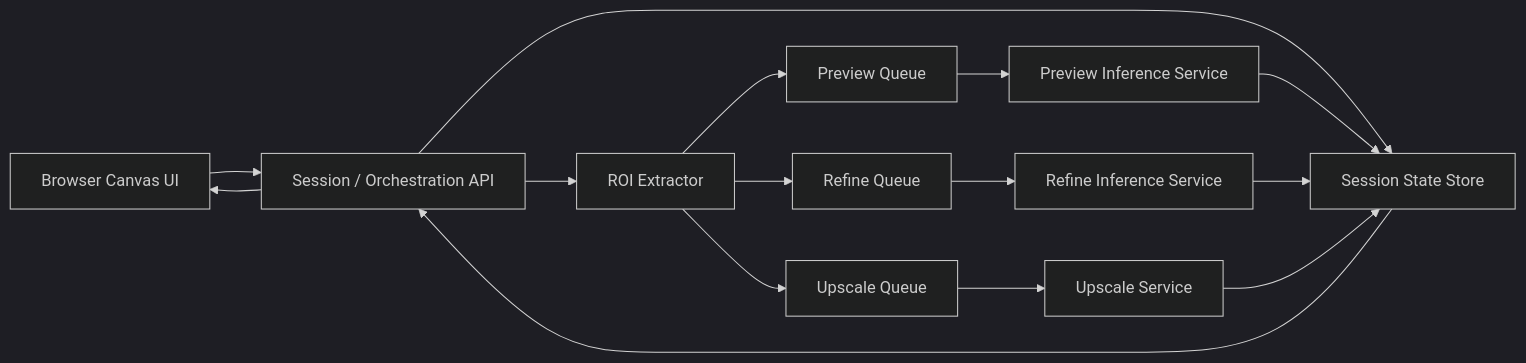
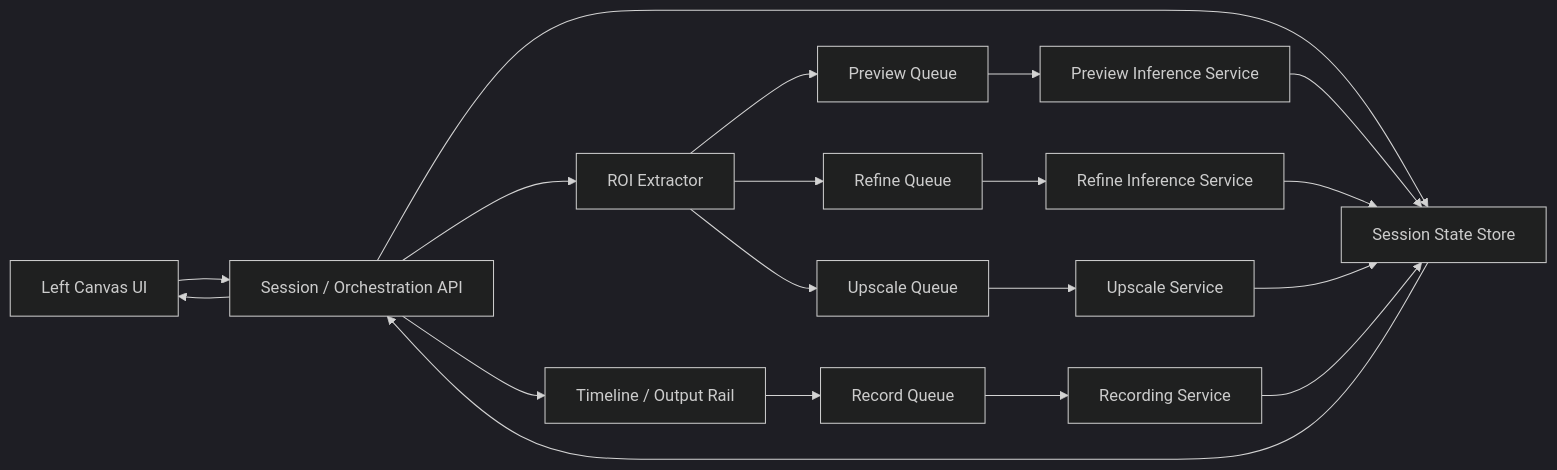
The diagram in docs/research/krea-build-blueprint.md (maxkle1nz/KreaKlone), drawn with Mermaid (dark theme) before and after one commit. The commit also changed other lines of this file and 10 other files, not shown here.

First line of the commit message:
Introduce timeline-first UX scaffolding for live frame playback and capture

````diff
--- a/docs/research/krea-build-blueprint.md
+++ b/docs/research/krea-build-blueprint.md
@@ -21,17 +23,21 @@
 ```mermaid
 flowchart LR
-    UI["Browser Canvas UI"] --> API["Session / Orchestration API"]
+    UI["Left Canvas UI"] --> API["Session / Orchestration API"]
+    API --> TIMELINE["Timeline / Output Rail"]
     API --> ROI["ROI Extractor"]
     API --> STATE["Session State Store"]
     ROI --> PREVIEW["Preview Queue"]
     ROI --> REFINE["Refine Queue"]
     ROI --> UPSCALE["Upscale Queue"]
+    TIMELINE --> RECORD["Record Queue"]
     PREVIEW --> PREVIEW_SVC["Preview Inference Service"]
     REFINE --> REFINE_SVC["Refine Inference Service"]
     UPSCALE --> UPSCALE_SVC["Upscale Service"]
+    RECORD --> RECORD_SVC["Recording Service"]
     PREVIEW_SVC --> STATE
     REFINE_SVC --> STATE
     UPSCALE_SVC --> STATE
+    RECORD_SVC --> STATE
     STATE --> API
     API --> UI
 ```
````
